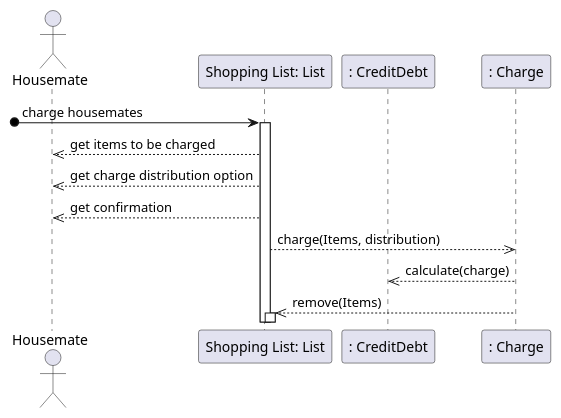
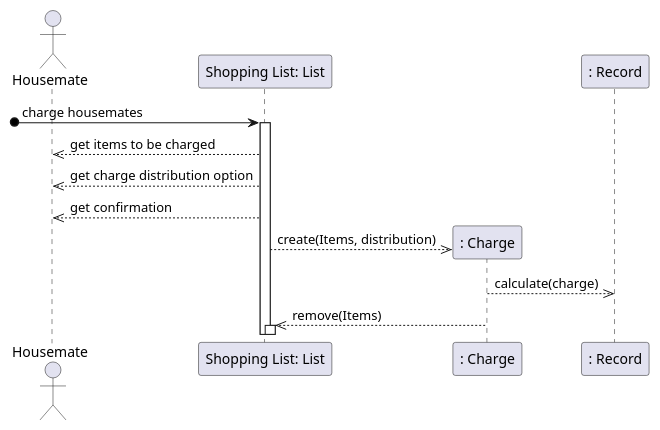
One commit to willemnielsen/House-App changed the third of 4 diagrams in doc/design.md. Above: the diagram before and after it, drawn with PlantUML. The commit also changed other lines of this file, not shown here.

Commit message:
Updated domain model in design.md

````diff
--- a/doc/design.md
+++ b/doc/design.md
@@ -91,24 +92,24 @@
 ```plantuml
 
 @startuml
 actor Housemate as Actor
 participant "Shopping List: List" as shoppingList
-participant ": CreditDebt" as database
-participant ": Charge" as chargeHousemates
+participant ": Charge" as charge
+participant ": Record" as record
 
 
 [o-> shoppingList : charge housemates
 activate shoppingList
 
     shoppingList -->> Actor  : get items to be charged
     shoppingList -->> Actor  : get charge distribution option
     shoppingList -->> Actor  : get confirmation
-    shoppingList -->> chargeHousemates : charge(Items, distribution)
-    chargeHousemates -->> database : calculate(charge)
-    chargeHousemates -->> shoppingList : remove(Items)
+    shoppingList -->> charge** : create(Items, distribution)
+    charge -->> record : calculate(charge)
+    charge -->> shoppingList : remove(Items)
 
 activate shoppingList
 
 
 @enduml
 ```
````
